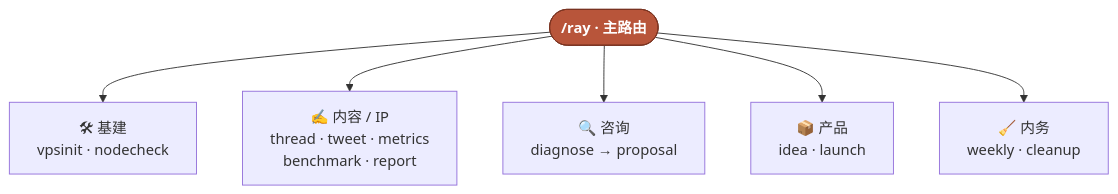
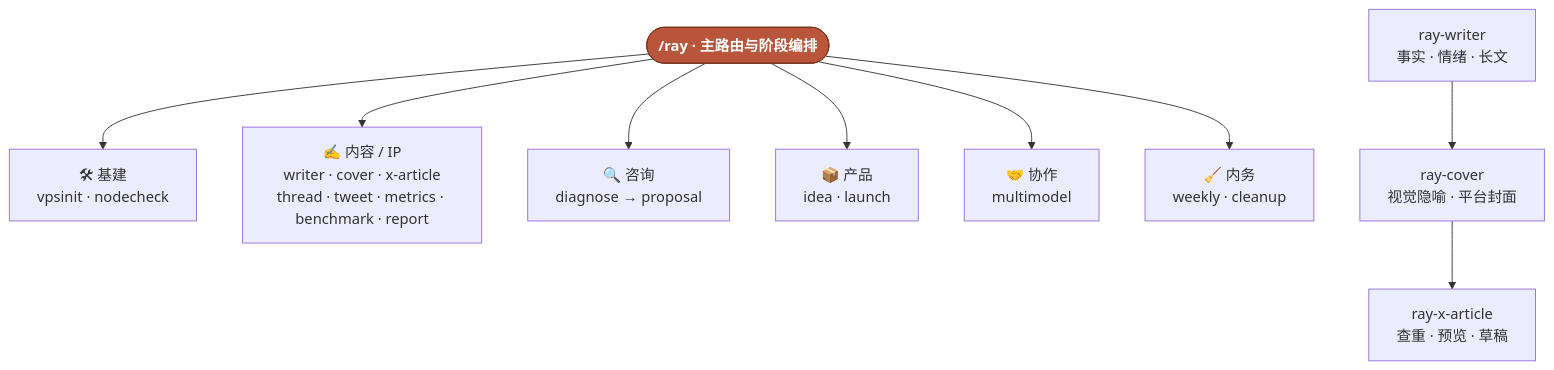
Before and after one commit to imraywang/rayskills: the diagram in README.md, drawn with Mermaid. The commit also changed other lines of this file and 37 other files, not shown here.

````diff
--- a/README.md
+++ b/README.md
@@ -45,10 +63,16 @@
 ```mermaid
 flowchart TD
-    RAY(["/ray · 主路由"]):::hub
+    RAY(["/ray · 主路由与阶段编排"]):::hub
+
     RAY --> INFRA["🛠 基建<br/>vpsinit · nodecheck"]
-    RAY --> CONTENT["✍️ 内容 / IP<br/>thread · tweet · metrics<br/>benchmark · report"]
+    RAY --> CONTENT["✍️ 内容 / IP<br/>writer · cover · x-article<br/>thread · tweet · metrics · benchmark · report"]
     RAY --> CONSULT["🔍 咨询<br/>diagnose → proposal"]
     RAY --> PRODUCT["📦 产品<br/>idea · launch"]
+    RAY --> COLLAB["🤝 协作<br/>multimodel"]
     RAY --> OPS["🧹 内务<br/>weekly · cleanup"]
+
+    WRITER["ray-writer<br/>事实 · 情绪 · 长文"] --> COVER["ray-cover<br/>视觉隐喻 · 平台封面"]
+    COVER --> XARTICLE["ray-x-article<br/>查重 · 预览 · 草稿"]
+
     classDef hub fill:#b8553a,stroke:#7a3320,color:#fff,font-weight:bold;
 ```
````
